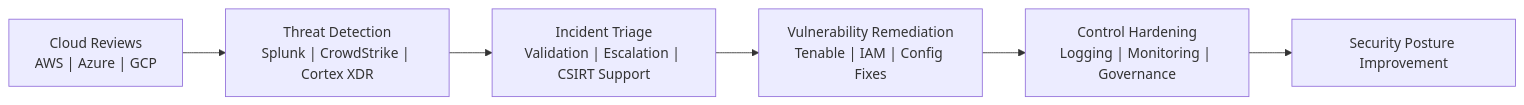
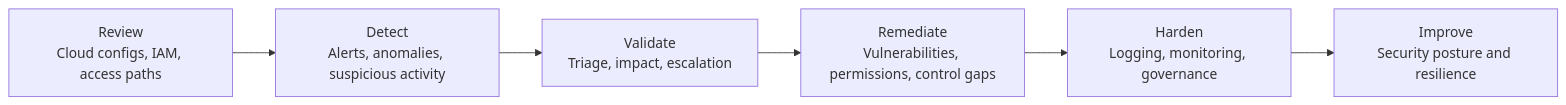
One commit to Rauf-cyber/Professional-portfolio changed the diagram in README.md. Above: the diagram before and after it, drawn with Mermaid. The commit also changed other lines of this file and 1 other file, not shown here.

````diff
--- a/README.md
+++ b/README.md
@@ -43,8 +35,8 @@
 ```mermaid
 flowchart LR
-    A["Cloud Reviews<br/>AWS | Azure | GCP"] --> B["Threat Detection<br/>Splunk | CrowdStrike | Cortex XDR"]
-    B --> C["Incident Triage<br/>Validation | Escalation | CSIRT Support"]
-    C --> D["Vulnerability Remediation<br/>Tenable | IAM | Config Fixes"]
-    D --> E["Control Hardening<br/>Logging | Monitoring | Governance"]
-    E --> F["Security Posture Improvement"]
+    A["Review<br/>Cloud configs, IAM, access paths"] --> B["Detect<br/>Alerts, anomalies, suspicious activity"]
+    B --> C["Validate<br/>Triage, impact, escalation"]
+    C --> D["Remediate<br/>Vulnerabilities, permissions, control gaps"]
+    D --> E["Harden<br/>Logging, monitoring, governance"]
+    E --> F["Improve<br/>Security posture and resilience"]
 ```
````
